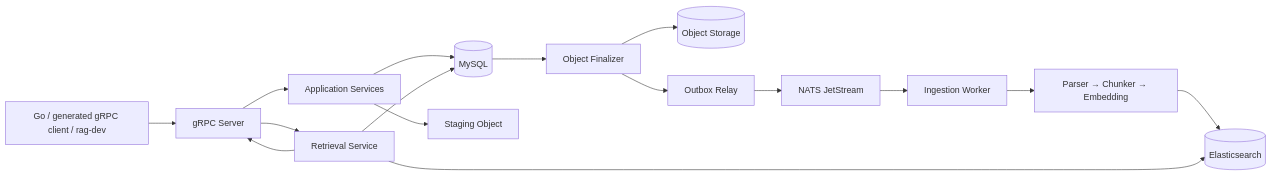
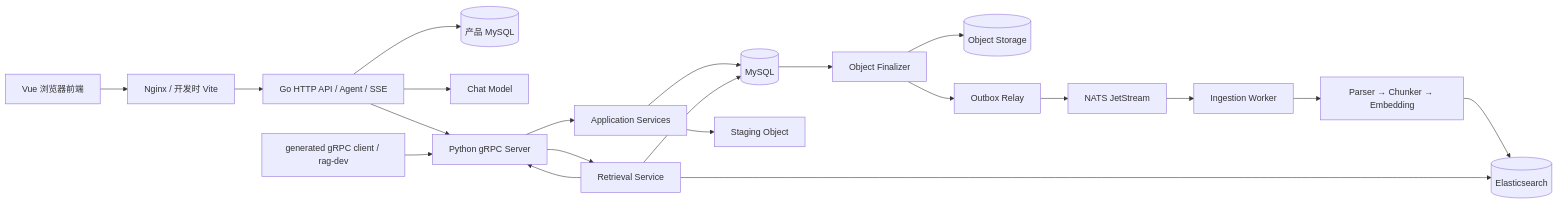
Before and after one commit to DIO-12312/RAG: the diagram in README.md, drawn with Mermaid. The commit also changed other lines of this file, not shown here.

````diff
--- a/README.md
+++ b/README.md
@@ -25,18 +29,23 @@
 ```mermaid
 flowchart LR
-    Client[Go / generated gRPC client / rag-dev] --> RPC[gRPC Server]
+    Browser[Vue 浏览器前端] --> Web[Nginx / 开发时 Vite]
+    Web --> Go[Go HTTP API / Agent / SSE]
+    Go --> ProductDB[(产品 MySQL)]
+    Go --> Chat[Chat Model]
+    Go --> RPC[Python gRPC Server]
+    Client[generated gRPC client / rag-dev] --> RPC
     RPC --> App[Application Services]
     App --> DB[(MySQL)]
     App --> Staging[Staging Object]
     DB --> Finalizer[Object Finalizer]
     Finalizer --> Objects[(Object Storage)]
     Finalizer --> Relay[Outbox Relay]
     Relay --> NATS[NATS JetStream]
     NATS --> Worker[Ingestion Worker]
     Worker --> Pipeline[Parser → Chunker → Embedding]
     Pipeline --> ES[(Elasticsearch)]
     RPC --> Retrieval[Retrieval Service]
     Retrieval --> ES
     Retrieval --> DB
     Retrieval --> RPC
 ```
````
